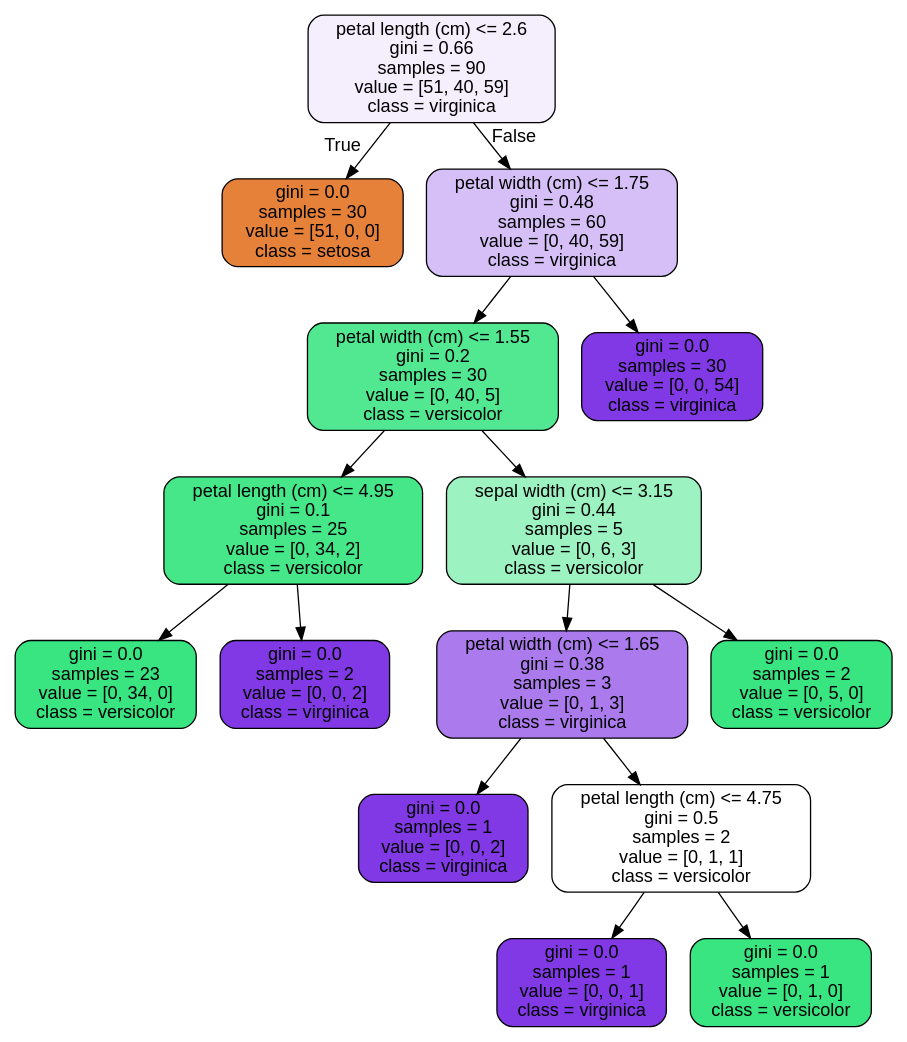
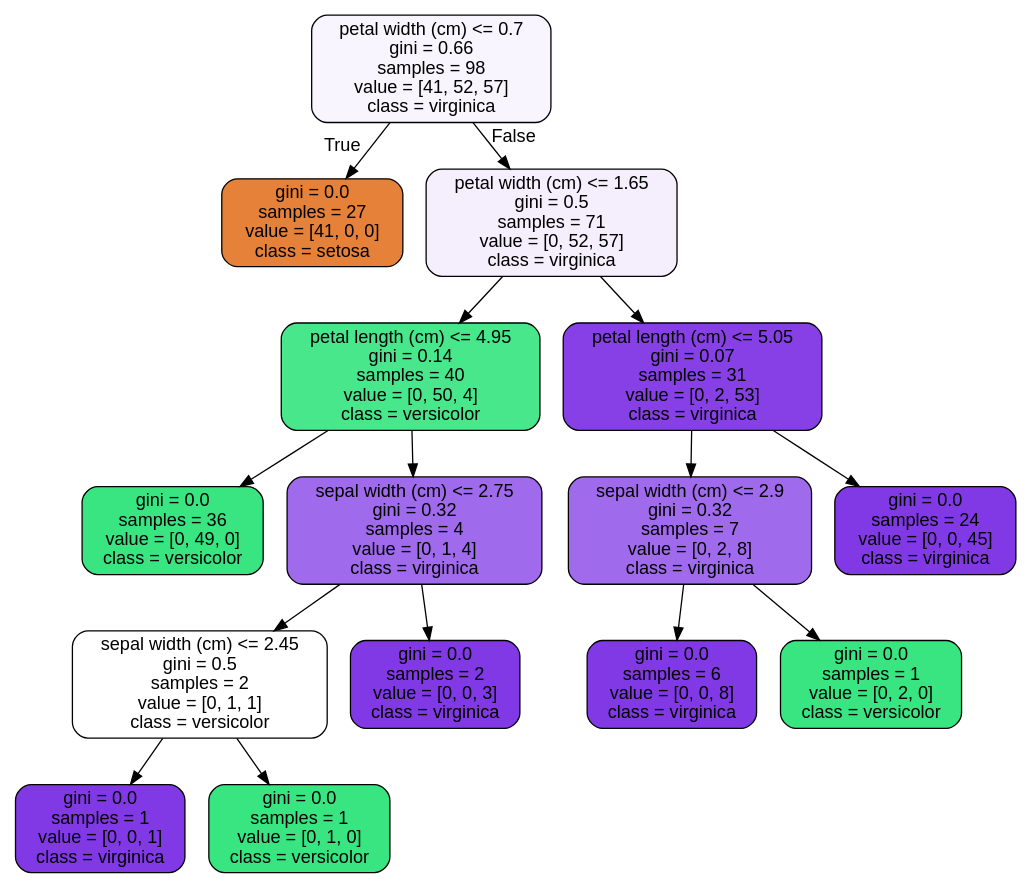
The diagram in Case Study - Random Forest/RandomForest Covid Case Study_06302020/tree.dot (additii/Springboard-Data-Science), drawn with Graphviz before and after one commit. The commit also changed 5 other files, not shown here.

```diff
--- a/Case Study - Random Forest/RandomForest Covid Case Study_06302020/tree.dot
+++ b/Case Study - Random Forest/RandomForest Covid Case Study_06302020/tree.dot
@@ -1,33 +1,33 @@
 digraph Tree {
 node [shape=box, style="filled, rounded", color="black", fontname="helvetica"] ;
 edge [fontname="helvetica"] ;
-0 [label="petal length (cm) <= 2.6\ngini = 0.66\nsamples = 90\nvalue = [51, 40, 59]\nclass = virginica", fillcolor="#f5effd"] ;
-1 [label="gini = 0.0\nsamples = 30\nvalue = [51, 0, 0]\nclass = setosa", fillcolor="#e58139"] ;
+0 [label="petal width (cm) <= 0.7\ngini = 0.66\nsamples = 98\nvalue = [41, 52, 57]\nclass = virginica", fillcolor="#f9f5fe"] ;
+1 [label="gini = 0.0\nsamples = 27\nvalue = [41, 0, 0]\nclass = setosa", fillcolor="#e58139"] ;
 0 -> 1 [labeldistance=2.5, labelangle=45, headlabel="True"] ;
-2 [label="petal width (cm) <= 1.75\ngini = 0.48\nsamples = 60\nvalue = [0, 40, 59]\nclass = virginica", fillcolor="#d6bff7"] ;
+2 [label="petal width (cm) <= 1.65\ngini = 0.5\nsamples = 71\nvalue = [0, 52, 57]\nclass = virginica", fillcolor="#f4eefd"] ;
 0 -> 2 [labeldistance=2.5, labelangle=-45, headlabel="False"] ;
-3 [label="petal width (cm) <= 1.55\ngini = 0.2\nsamples = 30\nvalue = [0, 40, 5]\nclass = versicolor", fillcolor="#52e891"] ;
+3 [label="petal length (cm) <= 4.95\ngini = 0.14\nsamples = 40\nvalue = [0, 50, 4]\nclass = versicolor", fillcolor="#49e78b"] ;
 2 -> 3 ;
-4 [label="petal length (cm) <= 4.95\ngini = 0.1\nsamples = 25\nvalue = [0, 34, 2]\nclass = versicolor", fillcolor="#45e788"] ;
+4 [label="gini = 0.0\nsamples = 36\nvalue = [0, 49, 0]\nclass = versicolor", fillcolor="#39e581"] ;
 3 -> 4 ;
-5 [label="gini = 0.0\nsamples = 23\nvalue = [0, 34, 0]\nclass = versicolor", fillcolor="#39e581"] ;
-4 -> 5 ;
-6 [label="gini = 0.0\nsamples = 2\nvalue = [0, 0, 2]\nclass = virginica", fillcolor="#8139e5"] ;
-4 -> 6 ;
-7 [label="sepal width (cm) <= 3.15\ngini = 0.44\nsamples = 5\nvalue = [0, 6, 3]\nclass = versicolor", fillcolor="#9cf2c0"] ;
-3 -> 7 ;
-8 [label="petal width (cm) <= 1.65\ngini = 0.38\nsamples = 3\nvalue = [0, 1, 3]\nclass = virginica", fillcolor="#ab7bee"] ;
-7 -> 8 ;
-9 [label="gini = 0.0\nsamples = 1\nvalue = [0, 0, 2]\nclass = virginica", fillcolor="#8139e5"] ;
-8 -> 9 ;
-10 [label="petal length (cm) <= 4.75\ngini = 0.5\nsamples = 2\nvalue = [0, 1, 1]\nclass = versicolor", fillcolor="#ffffff"] ;
-8 -> 10 ;
-11 [label="gini = 0.0\nsamples = 1\nvalue = [0, 0, 1]\nclass = virginica", fillcolor="#8139e5"] ;
+5 [label="sepal width (cm) <= 2.75\ngini = 0.32\nsamples = 4\nvalue = [0, 1, 4]\nclass = virginica", fillcolor="#a06aec"] ;
+3 -> 5 ;
+6 [label="sepal width (cm) <= 2.45\ngini = 0.5\nsamples = 2\nvalue = [0, 1, 1]\nclass = versicolor", fillcolor="#ffffff"] ;
+5 -> 6 ;
+7 [label="gini = 0.0\nsamples = 1\nvalue = [0, 0, 1]\nclass = virginica", fillcolor="#8139e5"] ;
+6 -> 7 ;
+8 [label="gini = 0.0\nsamples = 1\nvalue = [0, 1, 0]\nclass = versicolor", fillcolor="#39e581"] ;
+6 -> 8 ;
+9 [label="gini = 0.0\nsamples = 2\nvalue = [0, 0, 3]\nclass = virginica", fillcolor="#8139e5"] ;
+5 -> 9 ;
+10 [label="petal length (cm) <= 5.05\ngini = 0.07\nsamples = 31\nvalue = [0, 2, 53]\nclass = virginica", fillcolor="#8640e6"] ;
+2 -> 10 ;
+11 [label="sepal width (cm) <= 2.9\ngini = 0.32\nsamples = 7\nvalue = [0, 2, 8]\nclass = virginica", fillcolor="#a06aec"] ;
 10 -> 11 ;
-12 [label="gini = 0.0\nsamples = 1\nvalue = [0, 1, 0]\nclass = versicolor", fillcolor="#39e581"] ;
-10 -> 12 ;
-13 [label="gini = 0.0\nsamples = 2\nvalue = [0, 5, 0]\nclass = versicolor", fillcolor="#39e581"] ;
-7 -> 13 ;
-14 [label="gini = 0.0\nsamples = 30\nvalue = [0, 0, 54]\nclass = virginica", fillcolor="#8139e5"] ;
-2 -> 14 ;
+12 [label="gini = 0.0\nsamples = 6\nvalue = [0, 0, 8]\nclass = virginica", fillcolor="#8139e5"] ;
+11 -> 12 ;
+13 [label="gini = 0.0\nsamples = 1\nvalue = [0, 2, 0]\nclass = versicolor", fillcolor="#39e581"] ;
+11 -> 13 ;
+14 [label="gini = 0.0\nsamples = 24\nvalue = [0, 0, 45]\nclass = virginica", fillcolor="#8139e5"] ;
+10 -> 14 ;
 }
```
